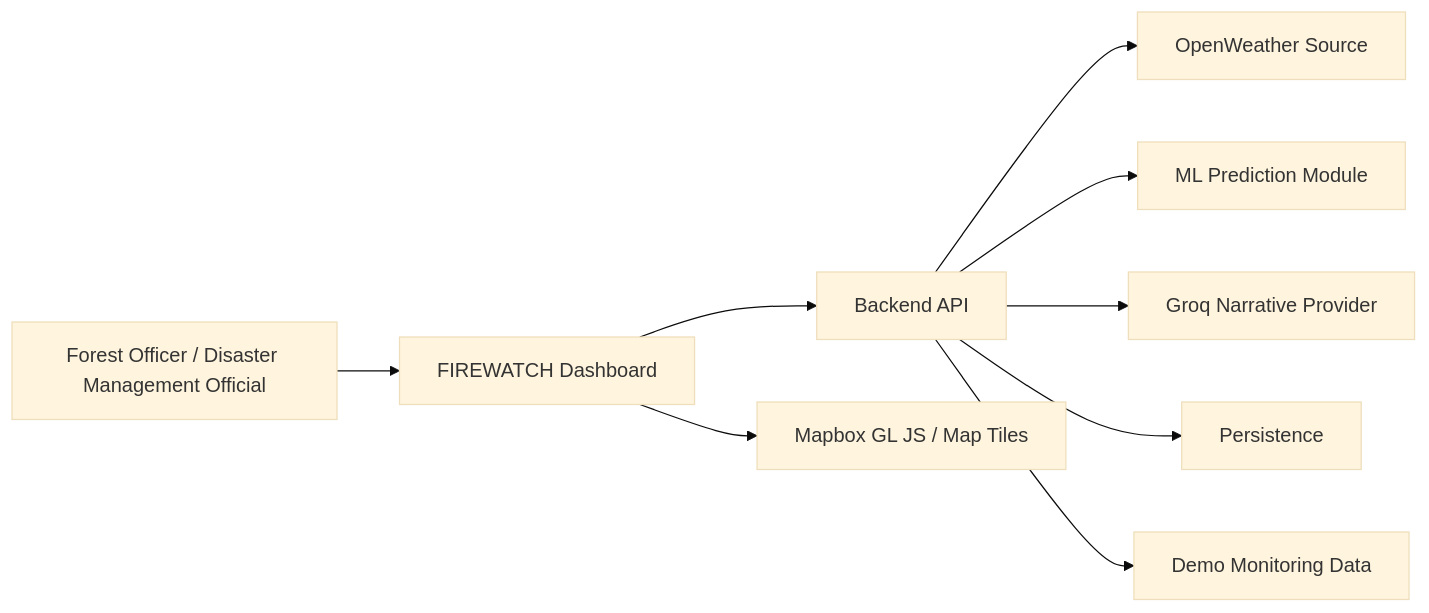
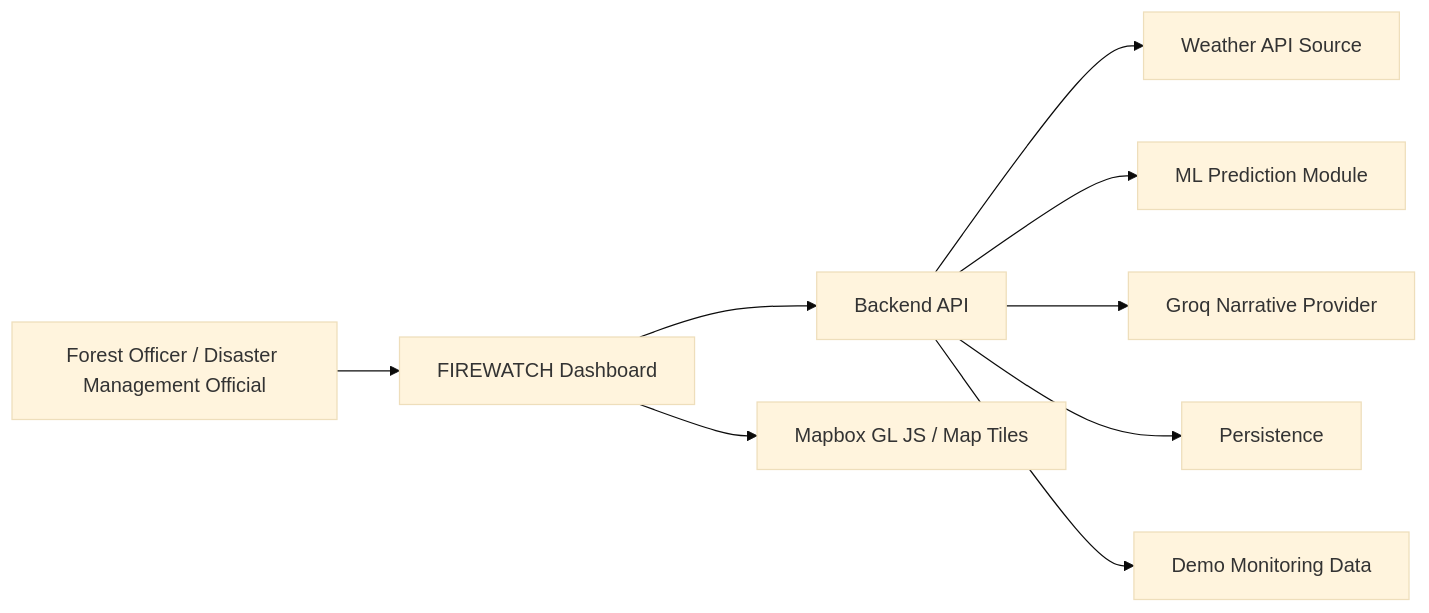
The first of 2 diagrams in docs/architecture/firewatch-architecture.md (hamza-dev17/firewatch), drawn with Mermaid (base theme) before and after one commit. The commit also changed other lines of this file and 54 other files, not shown here.

````diff
--- a/docs/architecture/firewatch-architecture.md
+++ b/docs/architecture/firewatch-architecture.md
@@ -163,21 +163,21 @@
 ```mermaid
 flowchart LR
     User["Forest Officer / Disaster Management Official"]
     Frontend["FIREWATCH Dashboard"]
     API["Backend API"]
-    Weather["OpenWeather Source"]
+    Weather["Weather API Source"]
     Model["ML Prediction Module"]
     Groq["Groq Narrative Provider"]
     DB["Persistence"]
     Demo["Demo Monitoring Data"]
     Mapbox["Mapbox GL JS / Map Tiles"]
 
     User --> Frontend
     Frontend --> Mapbox
     Frontend --> API
     API --> Weather
     API --> Model
     API --> Groq
     API --> DB
     API --> Demo
 ```
````
